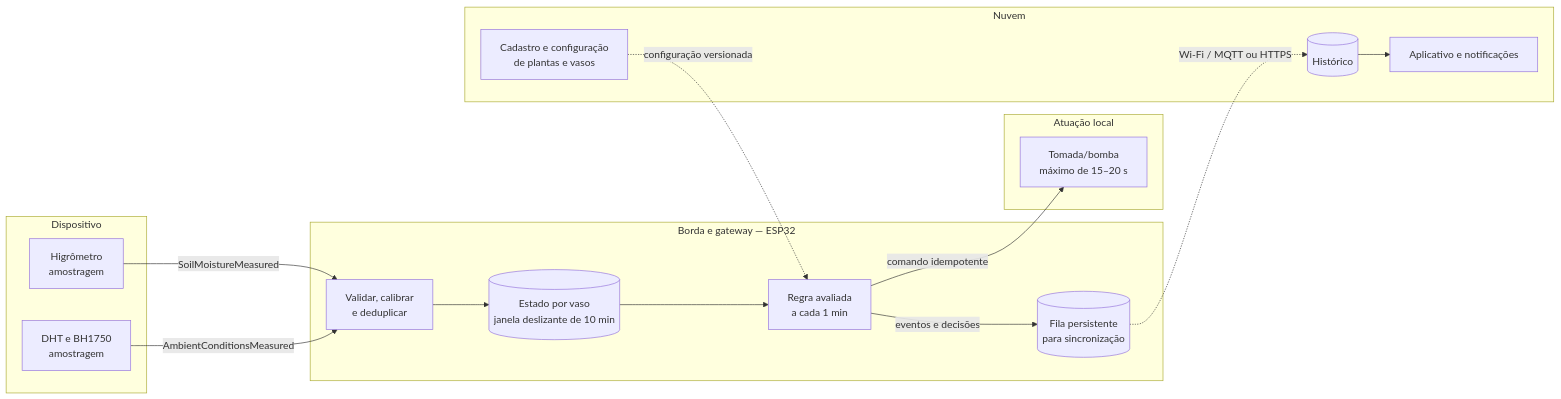
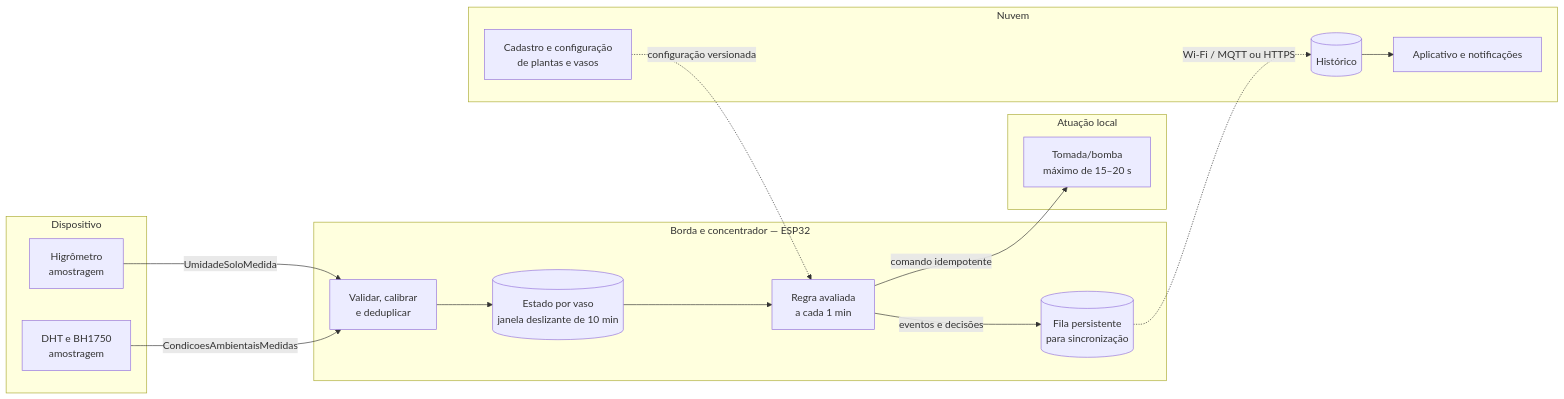
One commit to UFG-INF-SSU-2026/Nao-de-nem-agua changed the diagram in atividade-02.md. Above: the diagram before and after it, drawn with Mermaid. The commit also changed other lines of this file, not shown here.

````diff
--- a/atividade-02.md
+++ b/atividade-02.md
@@ -236,34 +236,34 @@
 ```mermaid
 flowchart LR
     subgraph D[Dispositivo]
         S1[Higrômetro<br/>amostragem]
         S2[DHT e BH1750<br/>amostragem]
     end
 
-    subgraph E[Borda e gateway — ESP32]
+    subgraph E[Borda e concentrador — ESP32]
         V[Validar, calibrar<br/>e deduplicar]
         J[(Estado por vaso<br/>janela deslizante de 10 min)]
         R[Regra avaliada<br/>a cada 1 min]
         Q[(Fila persistente<br/>para sincronização)]
     end
 
     subgraph A[Atuação local]
         P[Tomada/bomba<br/>máximo de 15–20 s]
     end
 
     subgraph C[Nuvem]
         H[(Histórico)]
         CFG[Cadastro e configuração<br/>de plantas e vasos]
         N[Aplicativo e notificações]
     end
 
-    S1 -->|SoilMoistureMeasured| V
-    S2 -->|AmbientConditionsMeasured| V
+    S1 -->|UmidadeSoloMedida| V
+    S2 -->|CondicoesAmbientaisMedidas| V
     V --> J
     J --> R
     R -->|comando idempotente| P
     R -->|eventos e decisões| Q
     Q -. Wi-Fi / MQTT ou HTTPS .-> H
     H --> N
     CFG -. configuração versionada .-> R
 ```
````
